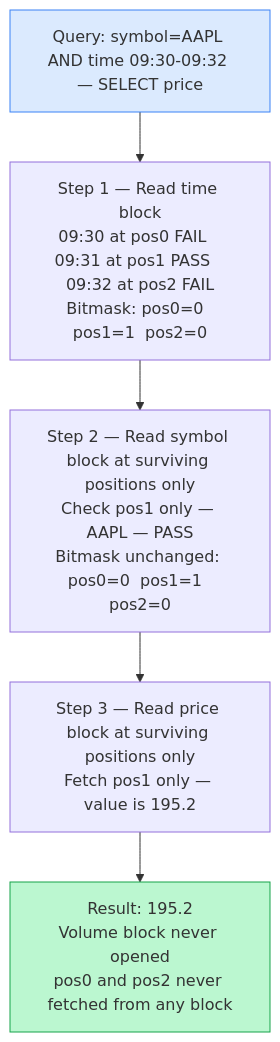
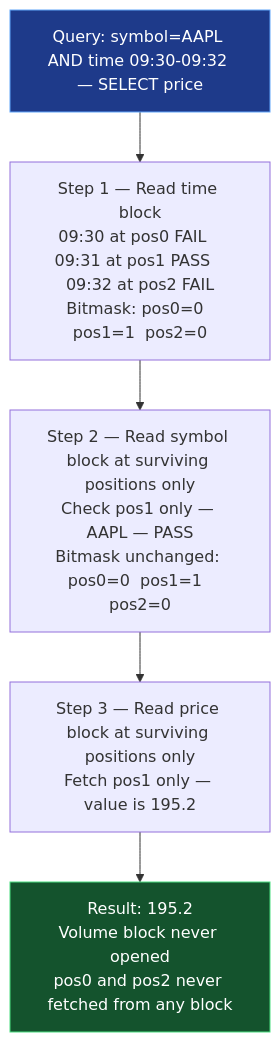
Before and after one commit to mjameer/RareLearning: the fourth of 8 diagrams in DB/TimeScaleDb.md, drawn with Mermaid. The commit also changed other lines of this file, not shown here.

````diff
--- a/DB/TimeScaleDb.md
+++ b/DB/TimeScaleDb.md
@@ -359,13 +359,13 @@
 ```mermaid
 flowchart TD
     A["Query: symbol=AAPL AND time 09:30-09:32 — SELECT price"]
     B["Step 1 — Read time block\n09:30 at pos0 FAIL   09:31 at pos1 PASS   09:32 at pos2 FAIL\nBitmask: pos0=0  pos1=1  pos2=0"]
     C["Step 2 — Read symbol block at surviving positions only\nCheck pos1 only — AAPL — PASS\nBitmask unchanged: pos0=0  pos1=1  pos2=0"]
     D["Step 3 — Read price block at surviving positions only\nFetch pos1 only — value is 195.2"]
     E["Result: 195.2\nVolume block never opened\npos0 and pos2 never fetched from any block"]
 
     A --> B --> C --> D --> E
 
-    style A fill:#dbeafe,stroke:#3b82f6
-    style E fill:#bbf7d0,stroke:#16a34a
+    style A fill:#1e3a8a,stroke:#60a5fa,color:#ffffff
+    style E fill:#14532d,stroke:#4ade80,color:#ffffff
 ```
````
